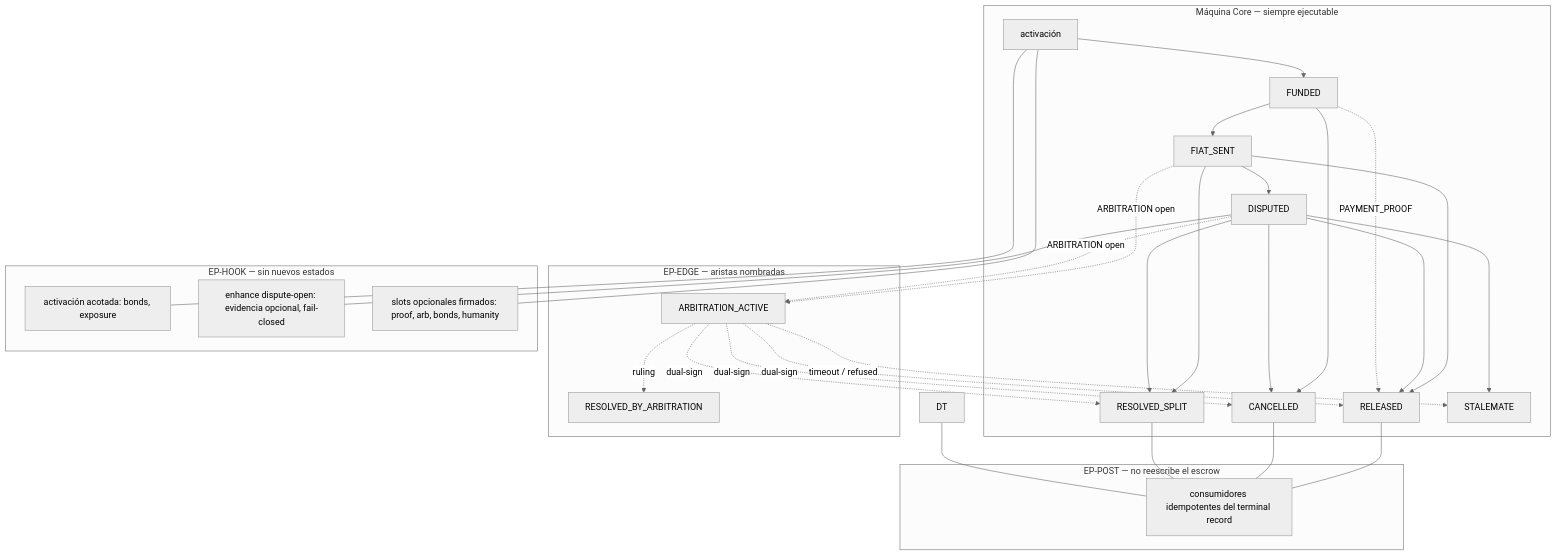
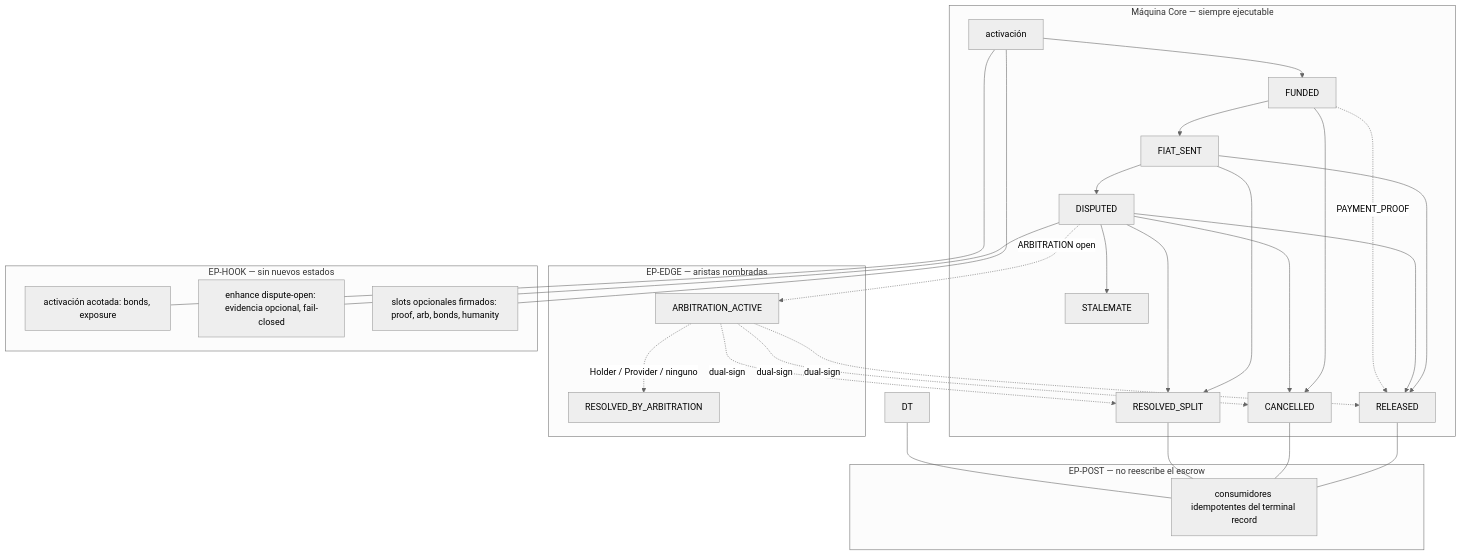
One commit to PluriSwap/pluriswap changed the second of 2 diagrams in STATE_MACHINE.md. Above: the diagram before and after it, drawn with Mermaid (neutral theme). The commit also changed other lines of this file and 28 other files, not shown here.

````diff
--- a/STATE_MACHINE.md
+++ b/STATE_MACHINE.md
@@ -318,44 +316,42 @@
 ```mermaid
 flowchart TD
     subgraph core [Máquina Core — siempre ejecutable]
         A[activación] --> F[FUNDED]
         F --> FS[FIAT_SENT]
         F --> C[CANCELLED]
         FS --> R[RELEASED]
         FS --> S[RESOLVED_SPLIT]
         FS --> D[DISPUTED]
         D --> C
         D --> R
         D --> S
         D --> ST[STALEMATE]
     end
 
     subgraph ep_edges [EP-EDGE — aristas nombradas]
         F -.->|PAYMENT_PROOF| R
-        FS -.->|ARBITRATION open| AA[ARBITRATION_ACTIVE]
-        D -.->|ARBITRATION open| AA
-        AA -.->|ruling| RA[RESOLVED_BY_ARBITRATION]
-        AA -.->|timeout / refused| ST[STALEMATE]
+        D -.->|ARBITRATION open| AA[ARBITRATION_ACTIVE]
+        AA -.->|Holder / Provider / ninguno| RA[RESOLVED_BY_ARBITRATION]
         AA -.->|dual-sign| R
         AA -.->|dual-sign| S
         AA -.->|dual-sign| C
     end
 
     subgraph ep_hooks [EP-HOOK — sin nuevos estados]
         H1[activación acotada: bonds, exposure]
         H2[enhance dispute-open: evidencia opcional, fail-closed]
         H3[slots opcionales firmados: proof, arb, bonds, humanity]
     end
 
     subgraph ep_post [EP-POST — no reescribe el escrow]
         P1[consumidores idempotentes del terminal record]
     end
 
     A --- H1
     A --- H3
     D --- H2
     R --- P1
     C --- P1
     S --- P1
     DT --- P1
 ```
````
